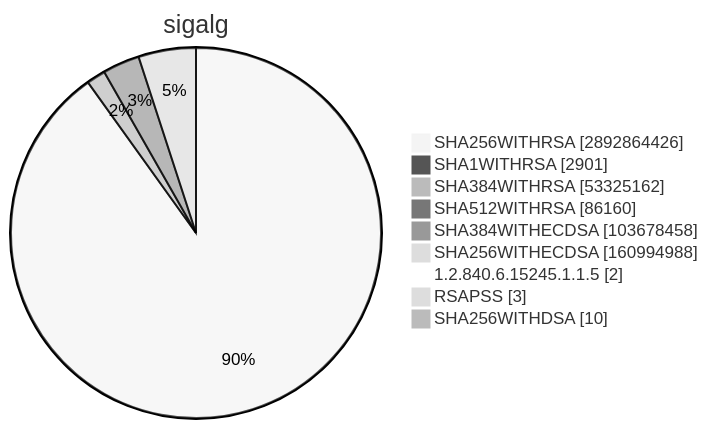
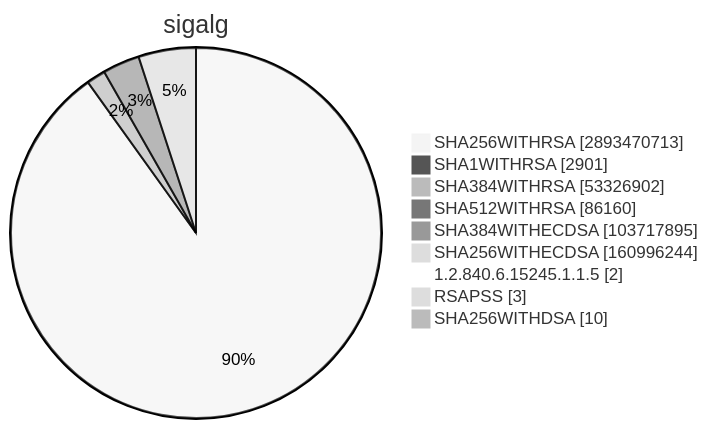
One commit to christiankrug/ctmonitor_visualization changed diagram 15 of 15 in TOTAL/README.md. Above: the diagram before and after it, drawn with Mermaid (neutral theme). The commit also changed other lines of this file, not shown here.

````diff
--- a/TOTAL/README.md
+++ b/TOTAL/README.md
@@ -6207,13 +6207,13 @@
 ```mermaid
 pie showData
 title sigalg
-"SHA256WITHRSA" :2892864426
+"SHA256WITHRSA" :2893470713
 "SHA1WITHRSA" :2901
-"SHA384WITHRSA" :53325162
+"SHA384WITHRSA" :53326902
 "SHA512WITHRSA" :86160
-"SHA384WITHECDSA" :103678458
-"SHA256WITHECDSA" :160994988
+"SHA384WITHECDSA" :103717895
+"SHA256WITHECDSA" :160996244
 "1.2.840.6.15245.1.1.5" :2
 "RSAPSS" :3
 "SHA256WITHDSA" :10
 ```
````
